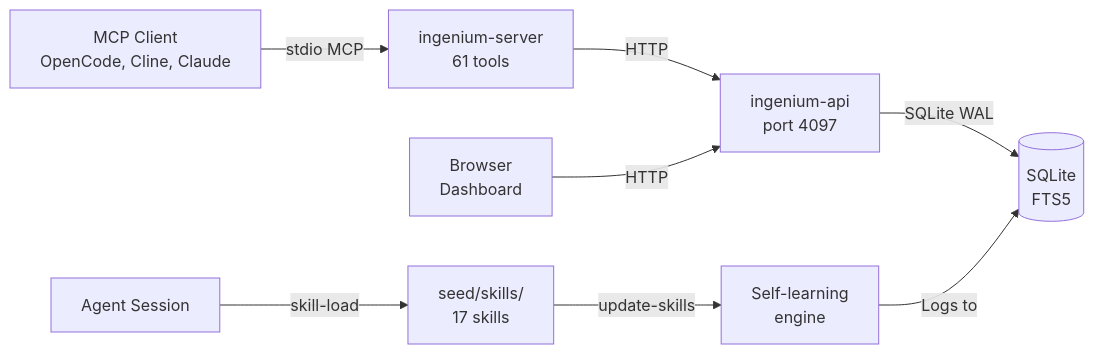
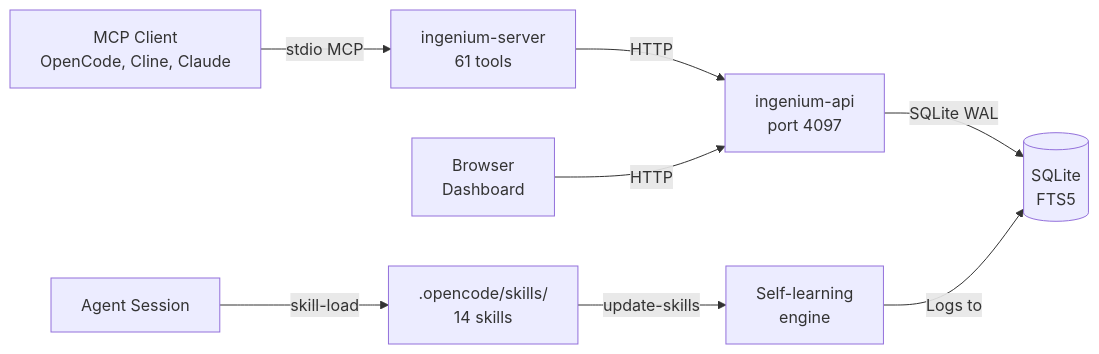
One commit to jtmb/ingenium changed the diagram in README.md. Above: the diagram before and after it, drawn with Mermaid. The commit also changed other lines of this file and 165 other files, not shown here.

````diff
--- a/README.md
+++ b/README.md
@@ -142,11 +142,11 @@
 ```mermaid
 graph LR
     A[MCP Client<br/>OpenCode, Cline, Claude] -->|stdio MCP| B[ingenium-server<br/>61 tools]
     B -->|HTTP| C[ingenium-api<br/>port 4097]
     D[Browser<br/>Dashboard] -->|HTTP| C
     C -->|SQLite WAL| E[(SQLite<br/>FTS5)]
     
-    F[Agent Session] -->|skill-load| G[seed/skills/<br/>17 skills]
+    F[Agent Session] -->|skill-load| G[.opencode/skills/<br/>14 skills]
     G -->|update-skills| H[Self-learning<br/>engine]
     H -->|Logs to| E
 ```
````
